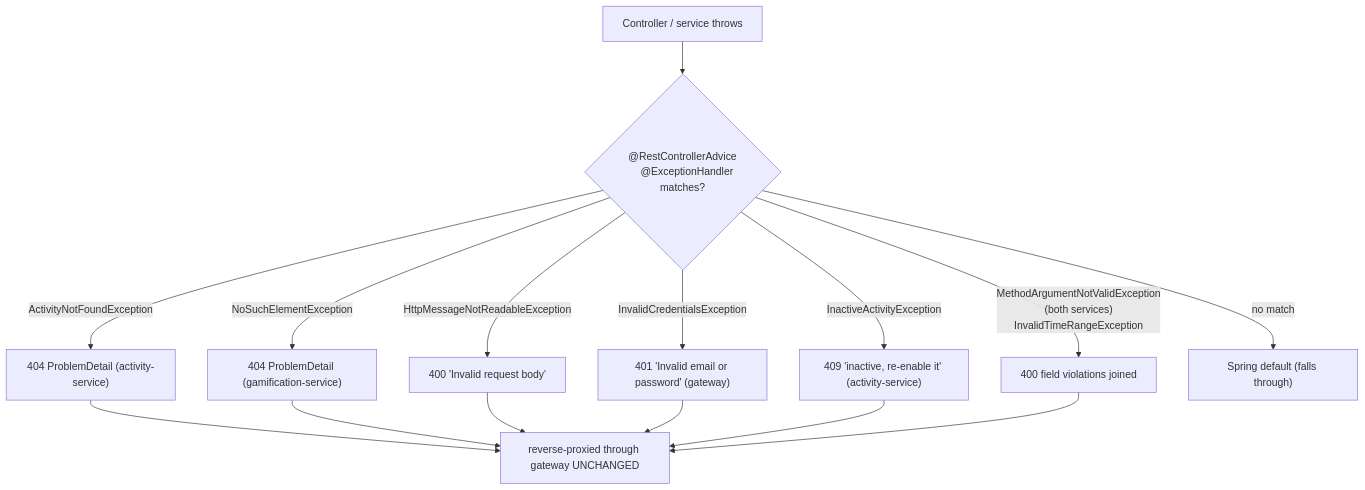
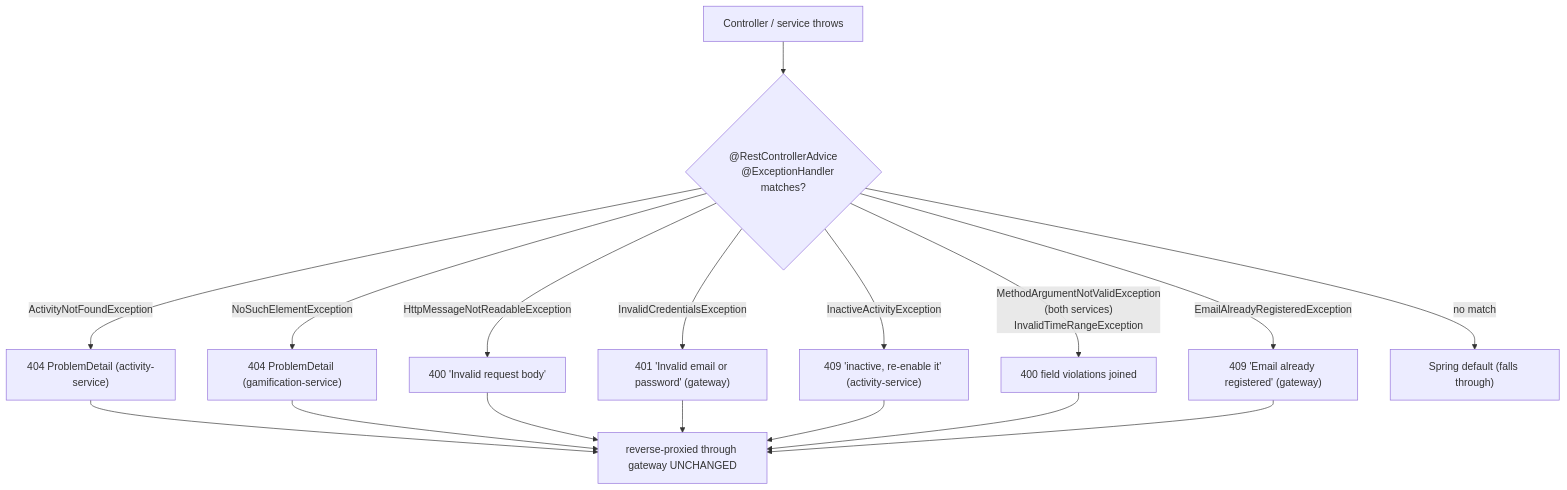
The diagram in docs/features/error-handling.md (prashant-singh-2001/gamified_tracker), drawn with Mermaid before and after one commit. The commit also changed other lines of this file and 2 other files, not shown here.

First line of the commit message:
docs: document the 409 on duplicate registration and email normalisation

````diff
--- a/docs/features/error-handling.md
+++ b/docs/features/error-handling.md
@@ -20,13 +20,14 @@
 ```mermaid
 flowchart TB
     A[Controller / service throws] --> B{"@RestControllerAdvice
     @ExceptionHandler matches?"}
     B -->|"ActivityNotFoundException"| C["404 ProblemDetail (activity-service)"]
     B -->|"NoSuchElementException"| D["404 ProblemDetail (gamification-service)"]
     B -->|"InactiveActivityException"| I["409 'inactive, re-enable it' (activity-service)"]
     B -->|"MethodArgumentNotValidException<br/>(both services)<br/>InvalidTimeRangeException"| J["400 field violations joined"]
     B -->|"HttpMessageNotReadableException"| E["400 'Invalid request body'"]
     B -->|"InvalidCredentialsException"| F["401 'Invalid email or password' (gateway)"]
+    B -->|"EmailAlreadyRegisteredException"| K["409 'Email already registered' (gateway)"]
     B -->|no match| G["Spring default (falls through)"]
-    C & D & E & F & I & J --> H["reverse-proxied through gateway UNCHANGED"]
+    C & D & E & F & I & J & K --> H["reverse-proxied through gateway UNCHANGED"]
 ```
````
